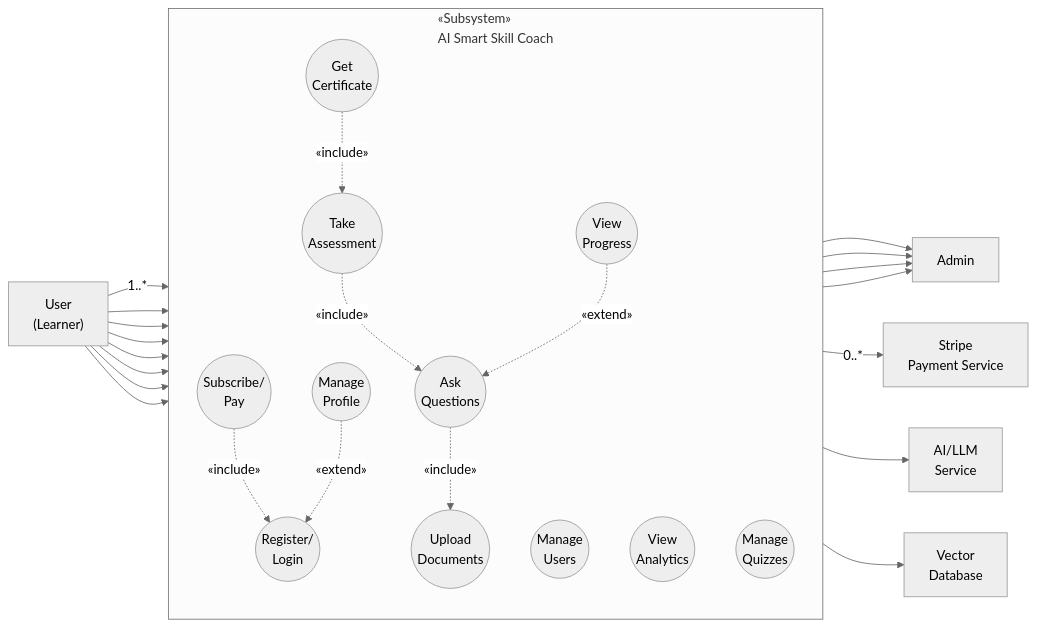
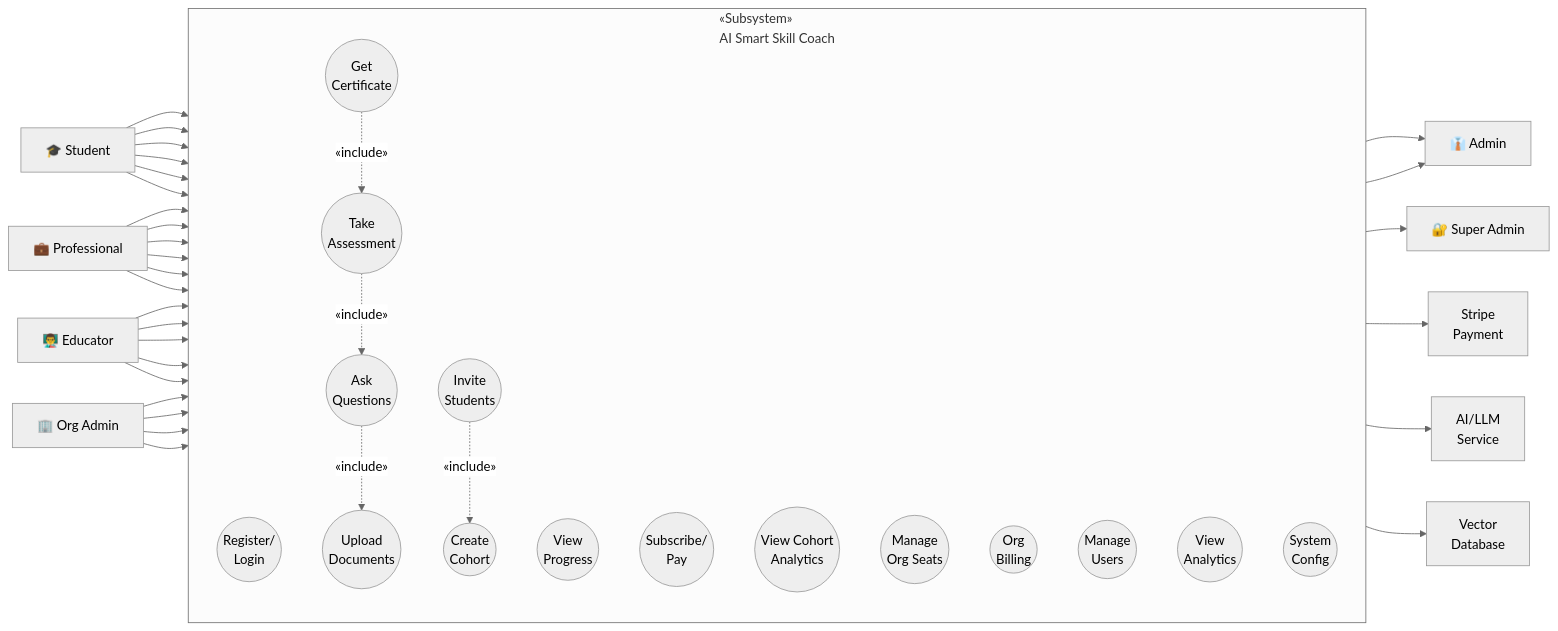
One commit to muhammadfahaddev/AI-Smart-Skill-Coach changed the diagram in docs/diagrams/01_use_case/v1.0/use_case_diagram.md. Above: the diagram before and after it, drawn with Mermaid (neutral theme). The commit also changed other lines of this file and 4 other files, not shown here.

Commit message:
feat: Introduce multi-tenant architecture, ERD, RBAC, and use case diagrams.

````diff
--- a/docs/diagrams/01_use_case/v1.0/use_case_diagram.md
+++ b/docs/diagrams/01_use_case/v1.0/use_case_diagram.md
@@ -4,36 +4,50 @@
 ```mermaid
----
-config:
-  layout: fixed
----
 flowchart LR
- subgraph System["«Subsystem»<br>AI Smart Skill Coach"]
-    direction TB
+    subgraph System["«Subsystem»<br>AI Smart Skill Coach"]
+        direction TB
+        %% Core Use Cases
         UC1(("Register/<br>Login"))
         UC2(("Upload<br>Documents"))
         UC3(("Ask<br>Questions"))
         UC4(("View<br>Progress"))
         UC5(("Take<br>Assessment"))
         UC6(("Get<br>Certificate"))
         UC7(("Subscribe/<br>Pay"))
-        UC8(("Manage<br>Profile"))
+        
+        %% B2B Use Cases
+        UC12(("Create<br>Cohort"))
+        UC13(("Invite<br>Students"))
+        UC14(("View Cohort<br>Analytics"))
+        UC15(("Manage<br>Org Seats"))
+        UC16(("Org<br>Billing"))
+        
+        %% Admin Use Cases
         UC9(("Manage<br>Users"))
         UC10(("View<br>Analytics"))
-        UC11(("Manage<br>Quizzes"))
-  end
+        UC11(("System<br>Config"))
+    end
+
+    %% B2C Actors (Left)
+    Student["🎓 Student"] --> UC1 & UC2 & UC3 & UC4 & UC5 & UC6
+    Professional["💼 Professional"] --> UC1 & UC2 & UC3 & UC5 & UC6 & UC7
+    
+    %% B2B Actors (Left)
+    Educator["👨‍🏫 Educator"] --> UC1 & UC2 & UC12 & UC13 & UC14
+    OrgAdmin["🏢 Org Admin"] --> UC1 & UC15 & UC16 & UC14
+
+    %% Admin Actors (Right)
+    UC9 --> Admin["👔 Admin"]
+    UC10 --> Admin
+    UC11 --> SuperAdmin["🔐 Super Admin"]
+    
+    %% External Systems (Right)
+    UC7 --> Stripe["Stripe<br>Payment"]
+    UC3 --> AI["AI/LLM<br>Service"]
+    UC2 --> VectorDB["Vector<br>Database"]
+
+    %% Relationships
     UC3 -. «include» .-> UC2
     UC5 -. «include» .-> UC3
     UC6 -. «include» .-> UC5
-    UC7 -. «include» .-> UC1
-    UC4 -. «extend» .-> UC3
-    UC8 -. «extend» .-> UC1
-    User["User<br>(Learner)"] -- "1..*" --> UC1
-    User --> UC2 & UC3 & UC4 & UC5 & UC6 & UC7 & UC8
-    UC9 --> Admin["Admin"]
-    UC10 --> Admin
-    UC11 --> Admin
-    UC8 --> Admin
-    UC7 -- "0..*" --> Stripe["Stripe<br>Payment Service"]
-    UC3 --> AI["AI/LLM<br>Service"]
-    UC2 --> VectorDB["Vector<br>Database"]
+    UC13 -. «include» .-> UC12
 ```
````
